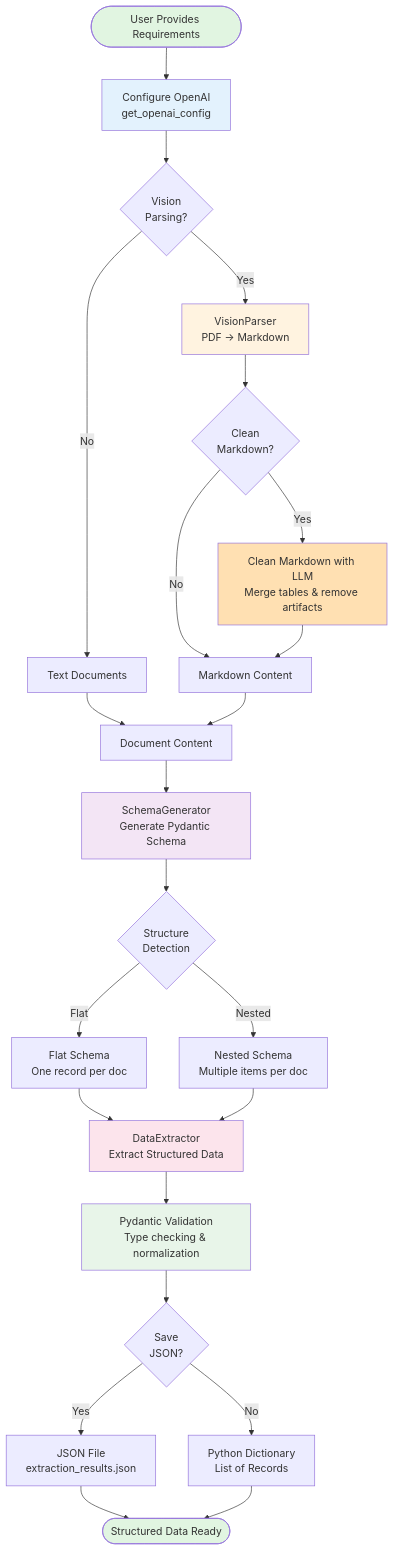
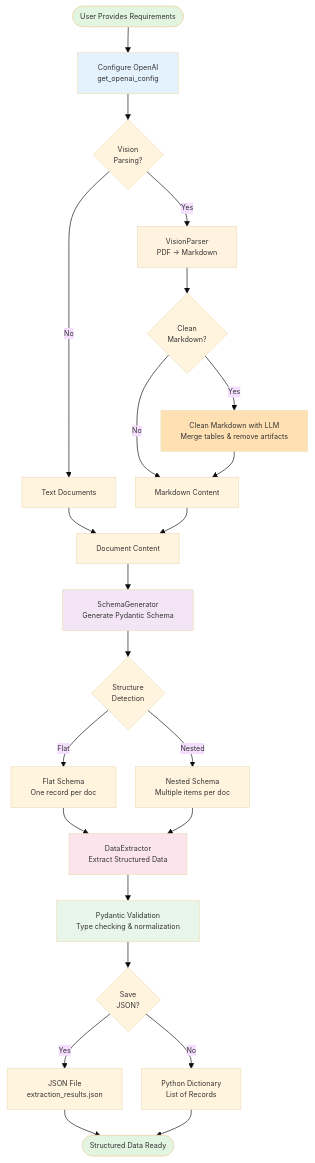
The diagram in README.md (umairalipathan1980/Knowledge-Extraction-Using-Dynamic-Schema-Generation), drawn with Mermaid before and after one commit.

Commit message:
Adjusted mermaid in README

````diff
--- a/README.md
+++ b/README.md
@@ -16,46 +16,47 @@
 ```mermaid
+%%{init: {'theme':'base', 'themeVariables': { 'fontSize':'11px'}, 'flowchart':{'nodeSpacing': 30, 'rankSpacing': 40}}}%%
 graph TB
     Start([User Provides Requirements]) --> Config[Configure OpenAI<br/>get_openai_config]
 
     Config --> PDF{Vision<br/>Parsing?}
 
     PDF -->|Yes| Parser[VisionParser<br/>PDF → Markdown]
     PDF -->|No| TextDoc[Text Documents]
 
     Parser --> Clean{Clean<br/>Markdown?}
 
     Clean -->|Yes| CleanLLM[Clean Markdown with LLM<br/>Merge tables & remove artifacts]
     Clean -->|No| Markdown[Markdown Content]
 
     CleanLLM --> Markdown
     TextDoc --> DocInput[Document Content]
     Markdown --> DocInput
 
     DocInput --> SchemaGen[SchemaGenerator<br/>Generate Pydantic Schema]
 
     SchemaGen --> Detect{Structure<br/>Detection}
     Detect -->|Flat| FlatSchema[Flat Schema<br/>One record per doc]
     Detect -->|Nested| NestedSchema[Nested Schema<br/>Multiple items per doc]
 
     FlatSchema --> Extract[DataExtractor<br/>Extract Structured Data]
     NestedSchema --> Extract
 
     Extract --> Validate[Pydantic Validation<br/>Type checking & normalization]
 
     Validate --> Output{Save<br/>JSON?}
 
     Output -->|Yes| JSON[JSON File<br/>extraction_results.json]
     Output -->|No| Results[Python Dictionary<br/>List of Records]
 
     JSON --> End([Structured Data Ready])
     Results --> End
 
     style Start fill:#e1f5e1
     style Config fill:#e3f2fd
     style Parser fill:#fff3e0
     style CleanLLM fill:#ffe0b2
     style SchemaGen fill:#f3e5f5
     style Extract fill:#fce4ec
     style End fill:#e1f5e1
     style Validate fill:#e8f5e9
 ```
````
